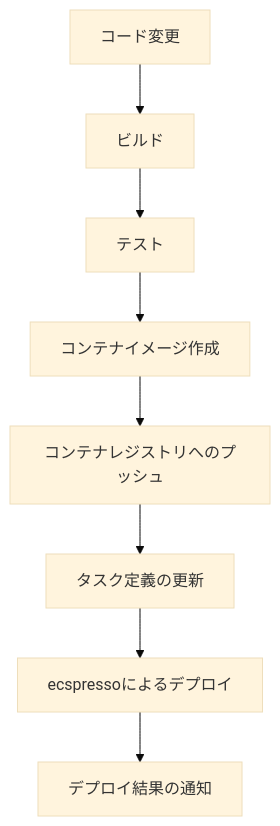
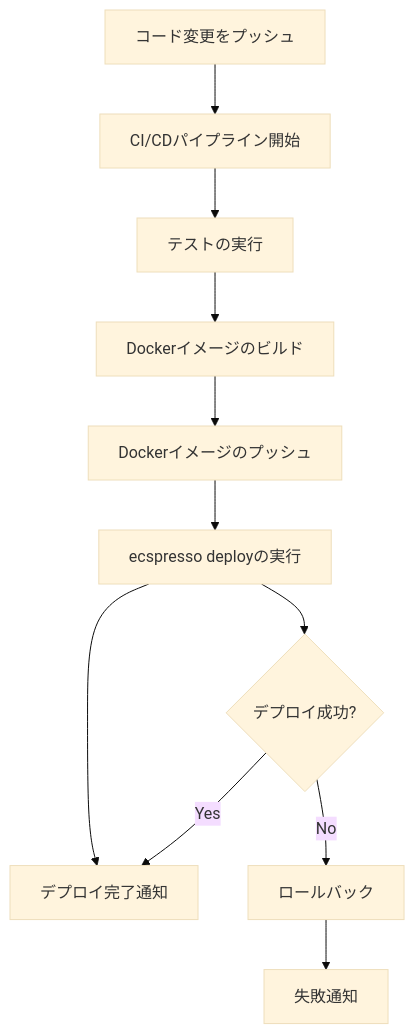
One commit to bufferings/devin-docs changed the diagram in ecspresso/practical/cicd.md. Above: the diagram before and after it, drawn with Mermaid (base theme). The commit also changed other lines of this file and 31 other files, not shown here.

````diff
--- a/ecspresso/practical/cicd.md
+++ b/ecspresso/practical/cicd.md
@@ -17,10 +54,14 @@
 ```mermaid
 graph TD
-    A[コード変更] --> B[ビルド]
-    B --> C[テスト]
-    C --> D[コンテナイメージ作成]
-    D --> E[コンテナレジストリへのプッシュ]
-    E --> F[タスク定義の更新]
-    F --> G[ecspressoによるデプロイ]
-    G --> H[デプロイ結果の通知]
+    A[コード変更をプッシュ] --> B[CI/CDパイプライン開始]
+    B --> C[テストの実行]
+    C --> D[Dockerイメージのビルド]
+    D --> E[Dockerイメージのプッシュ]
+    E --> F[ecspresso deployの実行]
+    F --> G[デプロイ完了通知]
+    
+    F --> H{デプロイ成功?}
+    H -->|Yes| G
+    H -->|No| I[ロールバック]
+    I --> J[失敗通知]
 ```
````
